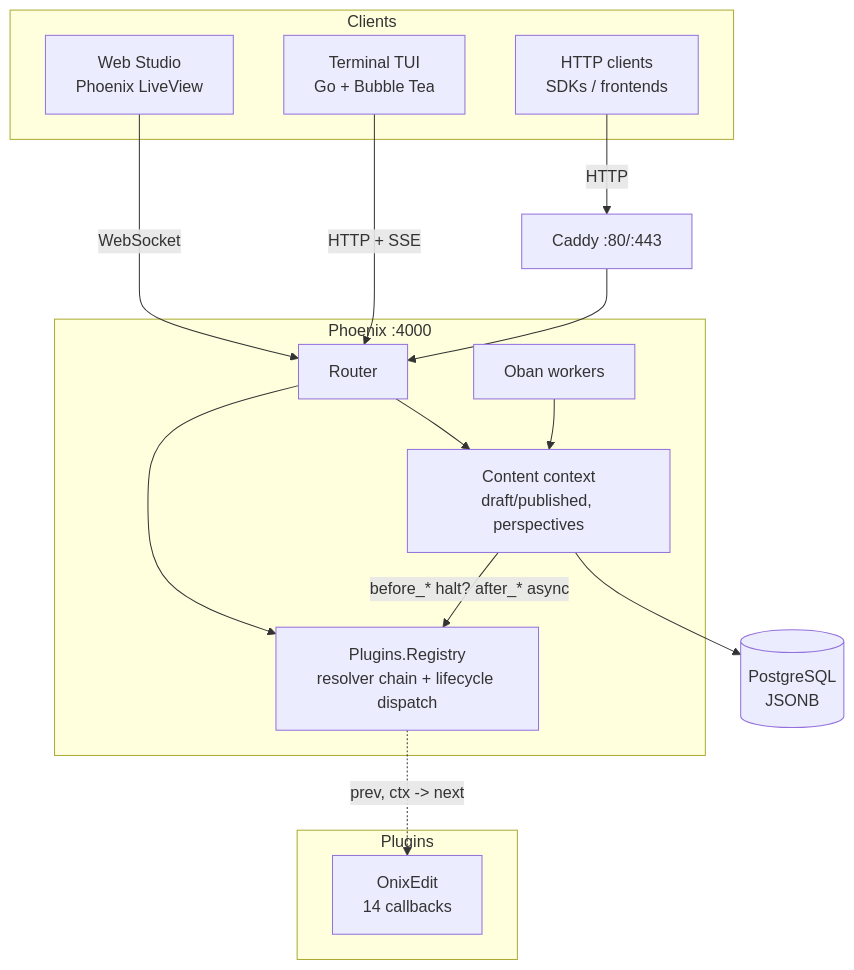
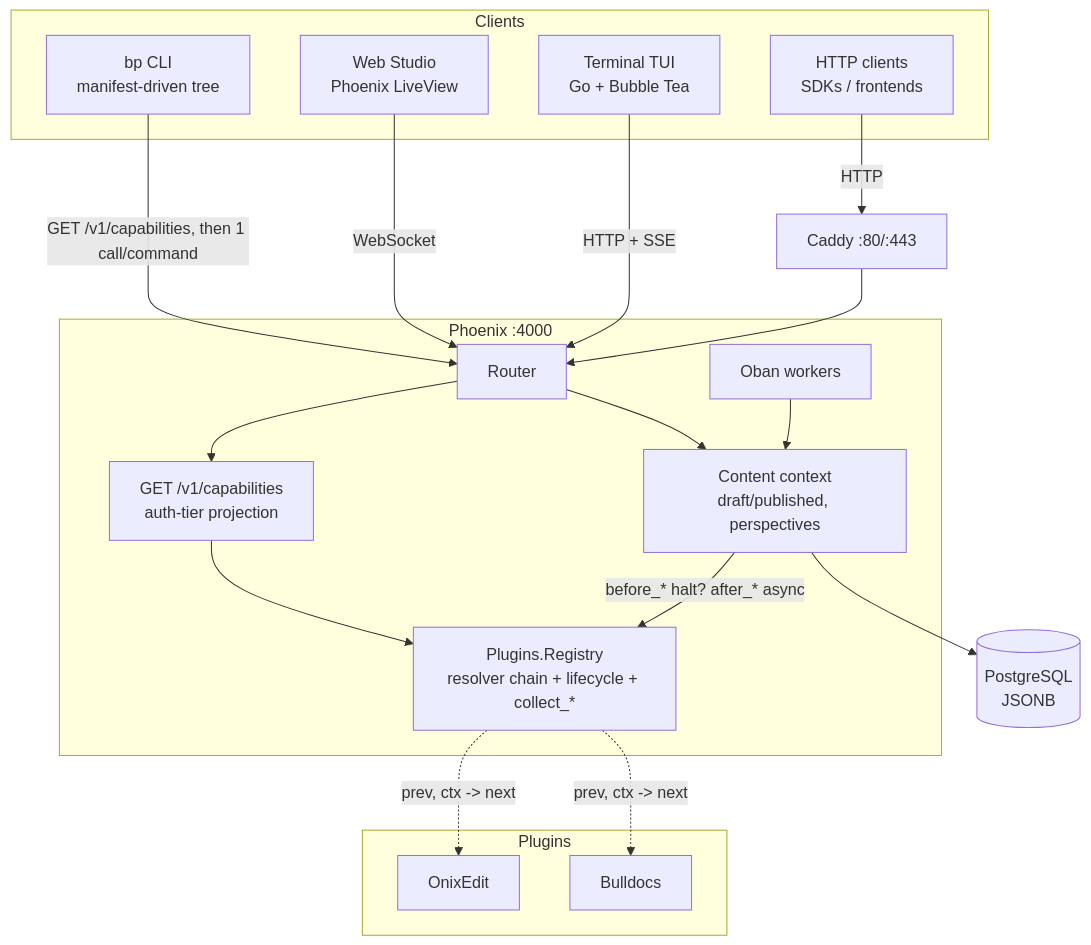
Before and after one commit to FRIKKern/barkpark: the second of 2 diagrams in README.md, drawn with Mermaid. The commit also changed other lines of this file, not shown here.

First line of the commit message:
docs(readme): premium rewrite — bp CLI front-and-center

````diff
--- a/README.md
+++ b/README.md
@@ -280,33 +313,39 @@
 ```mermaid
 flowchart TB
   subgraph Clients
+    CLI[bp CLI<br/>manifest-driven tree]
     Studio[Web Studio<br/>Phoenix LiveView]
     TUI[Terminal TUI<br/>Go + Bubble Tea]
     HTTP[HTTP clients<br/>SDKs / frontends]
   end
 
   subgraph Phoenix[Phoenix :4000]
     Router[Router]
+    Caps[GET /v1/capabilities<br/>auth-tier projection]
     Content[Content context<br/>draft/published, perspectives]
-    Registry[Plugins.Registry<br/>resolver chain + lifecycle dispatch]
+    Registry[Plugins.Registry<br/>resolver chain + lifecycle + collect_*]
     Workers[Oban workers]
   end
 
   subgraph Plugins
-    OnixEdit[OnixEdit<br/>14 callbacks]
+    OnixEdit[OnixEdit]
+    Bulldocs[Bulldocs]
   end
 
   PG[(PostgreSQL<br/>JSONB)]
   Caddy[Caddy :80/:443]
 
+  CLI -->|GET /v1/capabilities, then 1 call/command| Router
   Studio -->|WebSocket| Router
   TUI -->|HTTP + SSE| Router
   HTTP -->|HTTP| Caddy
   Caddy --> Router
+  Router --> Caps
   Router --> Content
-  Router --> Registry
+  Caps --> Registry
   Registry -.->|prev, ctx -> next| OnixEdit
+  Registry -.->|prev, ctx -> next| Bulldocs
   Content -->|before_* halt? after_* async| Registry
   Content --> PG
   Workers --> Content
 ```
````
